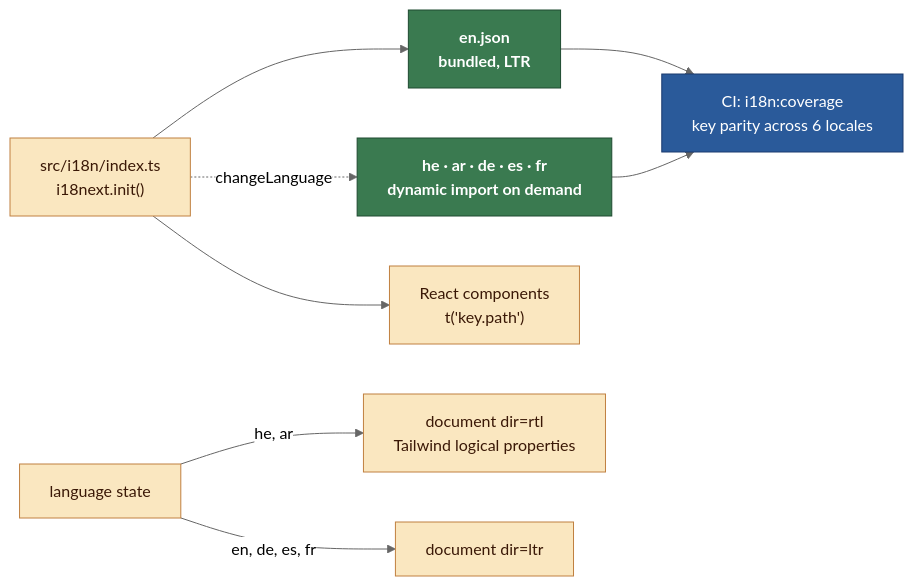
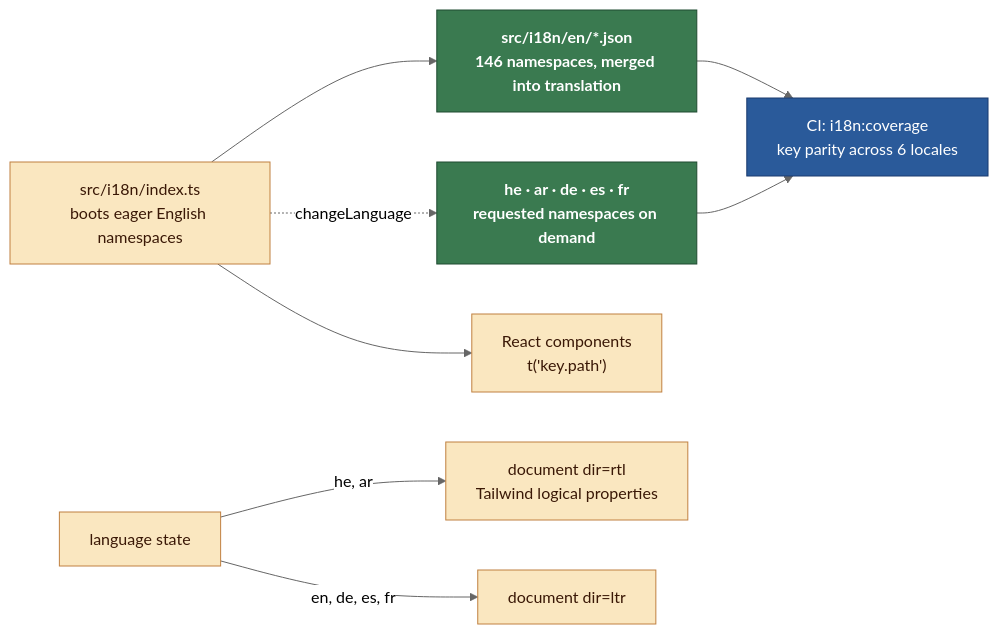
The eighth of 9 diagrams in docs/ARCHITECTURE.md (RajwanYair/WoodworkingShop), drawn with Mermaid (neutral theme) before and after one commit. The commit also changed other lines of this file and 1358 other files, not shown here.

Commit message:
refactor: complete architecture migration groundwork

````diff
--- a/docs/ARCHITECTURE.md
+++ b/docs/ARCHITECTURE.md
@@ -420,26 +408,26 @@
 ```mermaid
 graph LR
-  init["src/i18n/index.ts<br/>i18next.init()"]
-  en["en.json<br/>bundled, LTR"]
-  lazy["he · ar · de · es · fr<br/>dynamic import on demand"]
+  init["src/i18n/index.ts<br/>boots eager English namespaces"]
+  en["src/i18n/en/*.json<br/>146 namespaces, merged into translation"]
+  lazy["he · ar · de · es · fr<br/>requested namespaces on demand"]
   init --> en
   init -. "changeLanguage" .-> lazy
 
   store["language state"]
   store -- "he, ar" --> rtl["document dir=rtl<br/>Tailwind logical properties"]
   store -- "en, de, es, fr" --> ltr["document dir=ltr"]
 
   comp["React components<br/>t('key.path')"]
   init --> comp
 
   ci["CI: i18n:coverage<br/>key parity across 6 locales"]
   en --> ci
   lazy --> ci
 
   classDef file fill:#3a7a50,stroke:#1e4a30,color:#fff,font-weight:bold
   classDef process fill:#fae7c0,stroke:#c08040,color:#3a1806
   classDef check fill:#2a5a9a,stroke:#1a3a6e,color:#fff
   class en,lazy file
   class init,store,comp,rtl,ltr process
   class ci check
 ```
````
